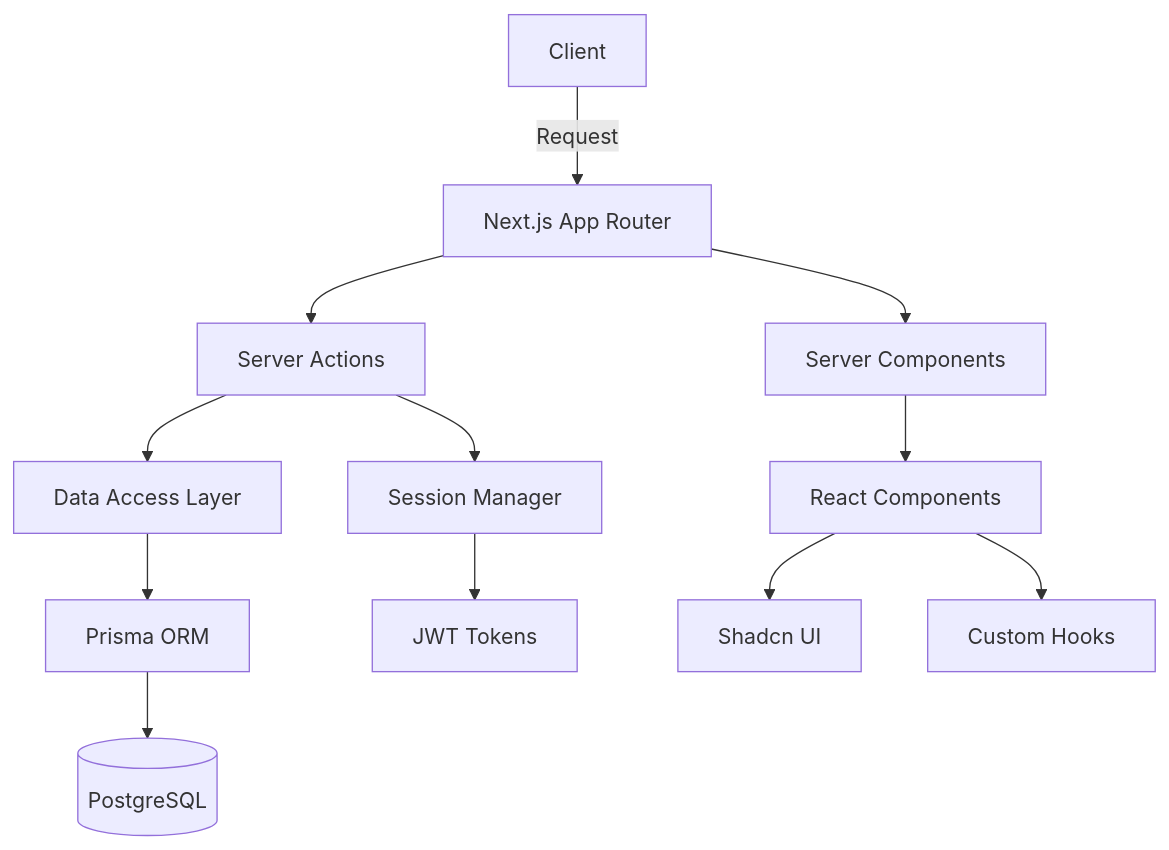
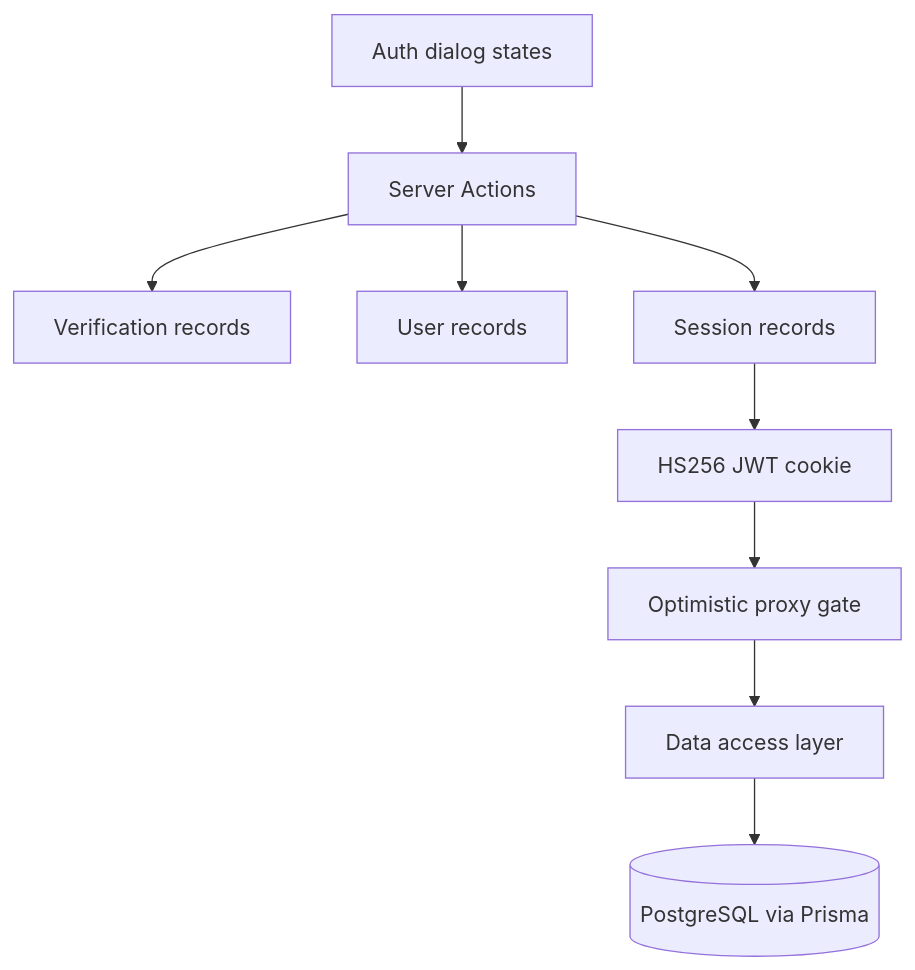
One commit to Mike-Ski-615/Next.js-Authentication-Scaffold changed the diagram in README.md. Above: the diagram before and after it, drawn with Mermaid. The commit also changed other lines of this file, not shown here.

````diff
--- a/README.md
+++ b/README.md
@@ -141,14 +78,11 @@
 ```mermaid
 graph TB
-    A[Client] -->|Request| B[Next.js App Router]
-    B --> C[Server Components]
-    B --> D[Server Actions]
-    D --> E[Data Access Layer]
-    E --> F[Prisma ORM]
-    F --> G[(PostgreSQL)]
-    D --> H[Session Manager]
-    H --> I[JWT Tokens]
-    C --> J[React Components]
-    J --> K[Shadcn UI]
-    J --> L[Custom Hooks]
+    UI[Auth dialog states] --> SA[Server Actions]
+    SA --> V[Verification records]
+    SA --> U[User records]
+    SA --> S[Session records]
+    S --> C[HS256 JWT cookie]
+    C --> P[Optimistic proxy gate]
+    P --> D[Data access layer]
+    D --> DB[(PostgreSQL via Prisma)]
 ```
````
